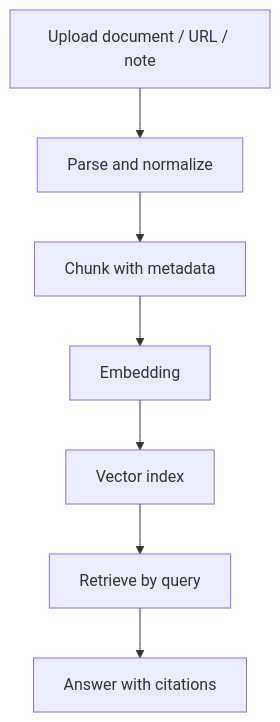
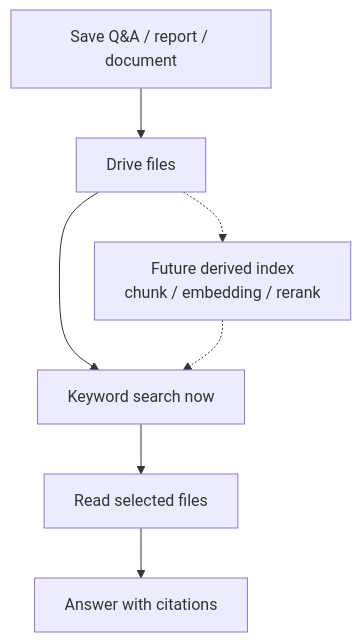
The sixth of 6 diagrams in docs/agent-workbench-architecture.md (SSArchitect/AIAssistant), drawn with Mermaid before and after one commit. The commit also changed other lines of this file and 39 other files, not shown here.

````diff
--- a/docs/agent-workbench-architecture.md
+++ b/docs/agent-workbench-architecture.md
@@ -602,12 +614,12 @@
 ```mermaid
 flowchart TD
-    Upload["Upload document / URL / note"]
-    Parse["Parse and normalize"]
-    Chunk["Chunk with metadata"]
-    Embed["Embedding"]
-    Index["Vector index"]
-    Retrieve["Retrieve by query"]
+    Save["Save Q&A / report / document"]
+    Drive["Drive files"]
+    Search["Keyword search now"]
+    Read["Read selected files"]
     Cite["Answer with citations"]
+    Future["Future derived index<br/>chunk / embedding / rerank"]
 
-    Upload --> Parse --> Chunk --> Embed --> Index --> Retrieve --> Cite
+    Save --> Drive --> Search --> Read --> Cite
+    Drive -.-> Future -.-> Search
 ```
````
